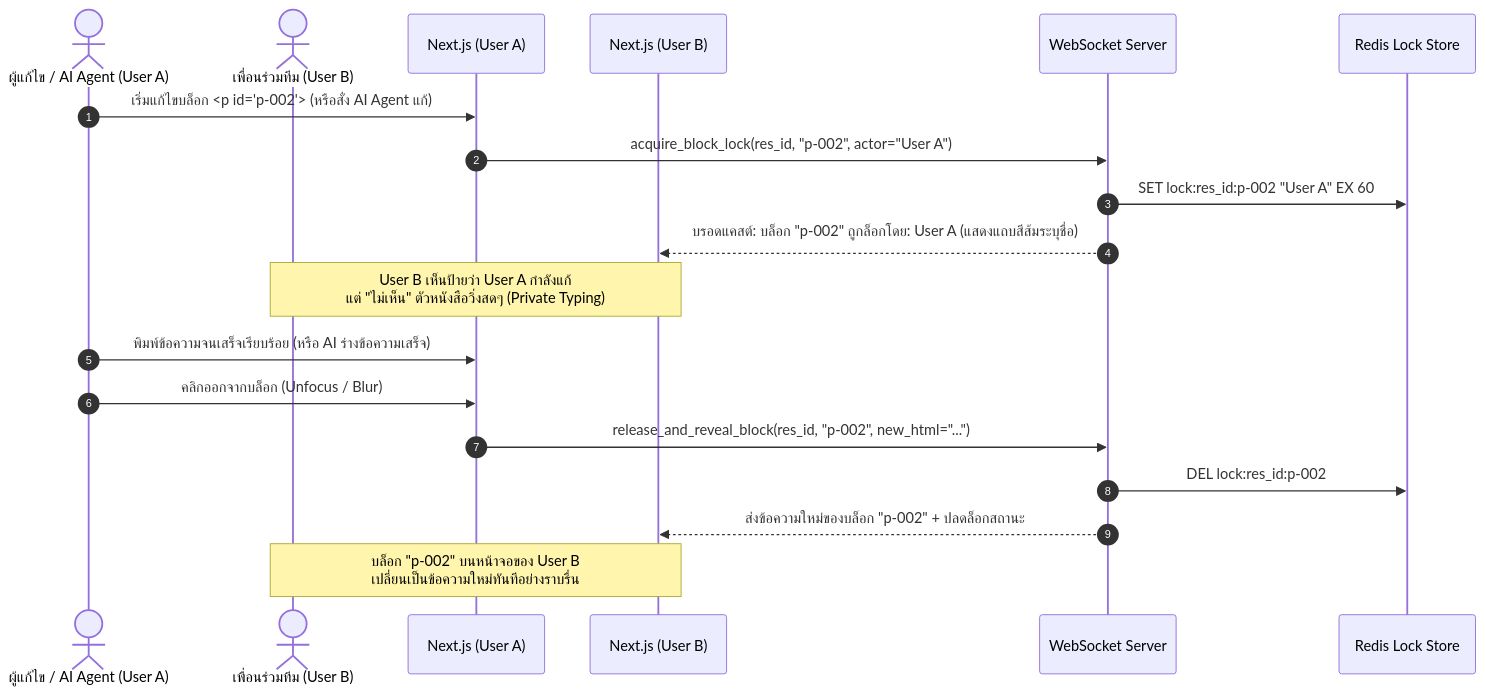
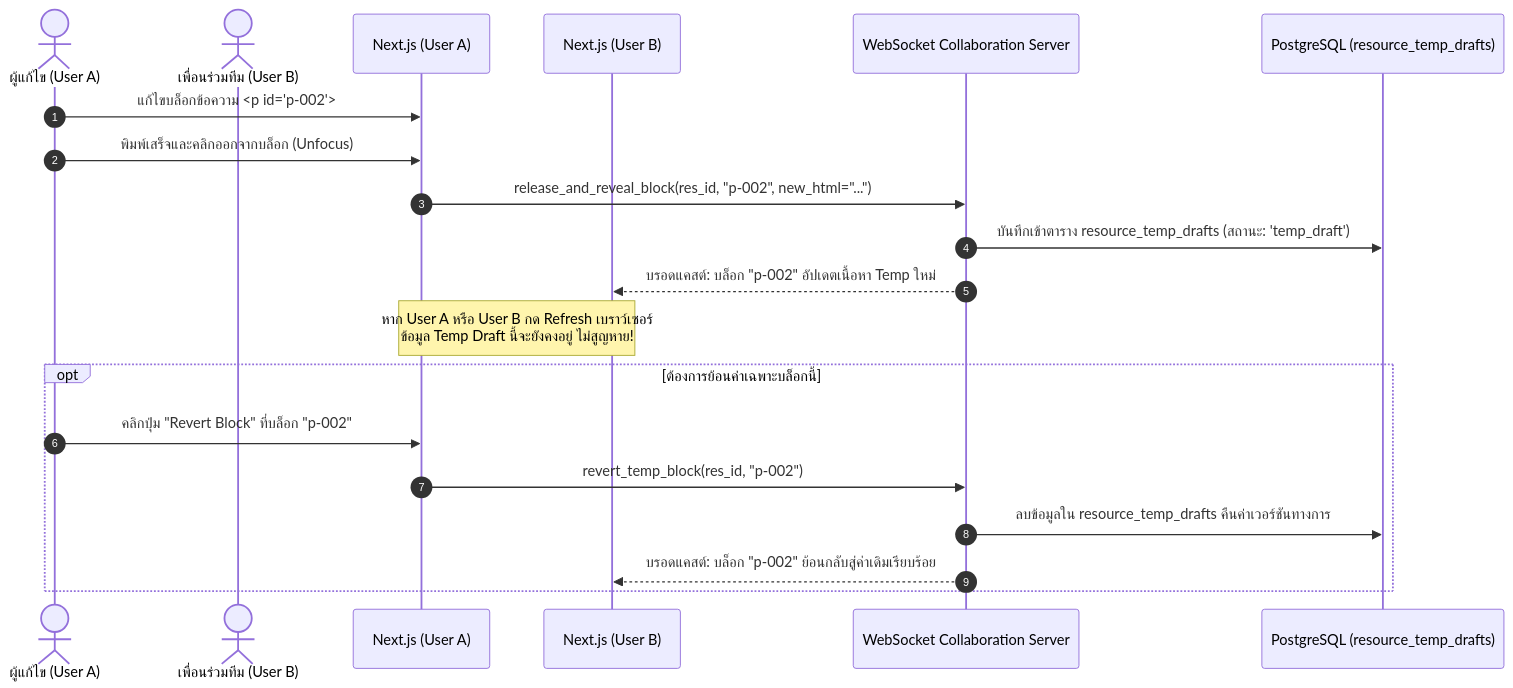
The first of 3 diagrams in docs/02_USER_JOURNEY_AND_FLOWS.md (kelsonwinith/app.projectP), drawn with Mermaid before and after one commit. The commit also changed other lines of this file and 6 other files, not shown here.

````diff
--- a/docs/02_USER_JOURNEY_AND_FLOWS.md
+++ b/docs/02_USER_JOURNEY_AND_FLOWS.md
@@ -9,26 +9,26 @@
 ```mermaid
 sequenceDiagram
     autonumber
-    actor UserA as ผู้แก้ไข / AI Agent (User A)
+    actor UserA as ผู้แก้ไข (User A)
     actor UserB as เพื่อนร่วมทีม (User B)
     participant UI_A as Next.js (User A)
     participant UI_B as Next.js (User B)
-    participant WS as WebSocket Server
-    participant Redis as Redis Lock Store
+    participant WS as WebSocket Collaboration Server
+    participant DB as PostgreSQL (resource_temp_drafts)
 
-    UserA->>UI_A: เริ่มแก้ไขบล็อก <p id="p-002"> (หรือสั่ง AI Agent แก้)
-    UI_A->>WS: acquire_block_lock(res_id, "p-002", actor="User A")
-    WS->>Redis: SET lock:res_id:p-002 "User A" EX 60
-    WS-->>UI_B: บรอดแคสต์: บล็อก "p-002" ถูกล็อกโดย: User A (แสดงแถบสีส้มระบุชื่อ)
-    
-    Note over UI_B,UserB: User B เห็นป้ายว่า User A กำลังแก้<br/>แต่ "ไม่เห็น" ตัวหนังสือวิ่งสดๆ (Private Typing)
-
-    UserA->>UI_A: พิมพ์ข้อความจนเสร็จเรียบร้อย (หรือ AI ร่างข้อความเสร็จ)
-    UserA->>UI_A: คลิกออกจากบล็อก (Unfocus / Blur)
+    UserA->>UI_A: แก้ไขบล็อกข้อความ <p id="p-002">
+    UserA->>UI_A: พิมพ์เสร็จและคลิกออกจากบล็อก (Unfocus)
     
     UI_A->>WS: release_and_reveal_block(res_id, "p-002", new_html="...")
-    WS->>Redis: DEL lock:res_id:p-002
-    WS-->>UI_B: ส่งข้อความใหม่ของบล็อก "p-002" + ปลดล็อกสถานะ
+    WS->>DB: บันทึกเข้าตาราง resource_temp_drafts (สถานะ: 'temp_draft')
+    WS-->>UI_B: บรอดแคสต์: บล็อก "p-002" อัปเดตเนื้อหา Temp ใหม่
     
-    Note over UI_B,UserB: บล็อก "p-002" บนหน้าจอของ User B<br/>เปลี่ยนเป็นข้อความใหม่ทันทีอย่างราบรื่น
+    Note over UI_A,UI_B: หาก User A หรือ User B กด Refresh เบราว์เซอร์<br/>ข้อมูล Temp Draft นี้จะยังคงอยู่ ไม่สูญหาย!
+
+    opt ต้องการย้อนค่าเฉพาะบล็อกนี้
+        UserA->>UI_A: คลิกปุ่ม "Revert Block" ที่บล็อก "p-002"
+        UI_A->>WS: revert_temp_block(res_id, "p-002")
+        WS->>DB: ลบข้อมูลใน resource_temp_drafts คืนค่าเวอร์ชันทางการ
+        WS-->>UI_B: บรอดแคสต์: บล็อก "p-002" ย้อนกลับสู่ค่าเดิมเรียบร้อย
+    end
 ```
````
